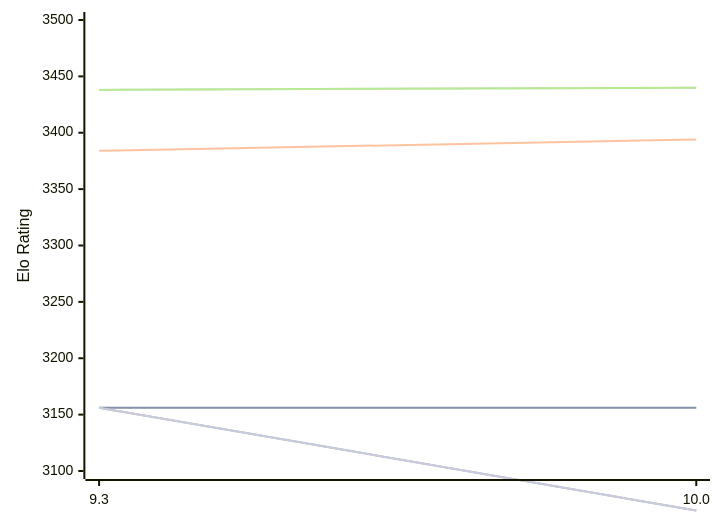
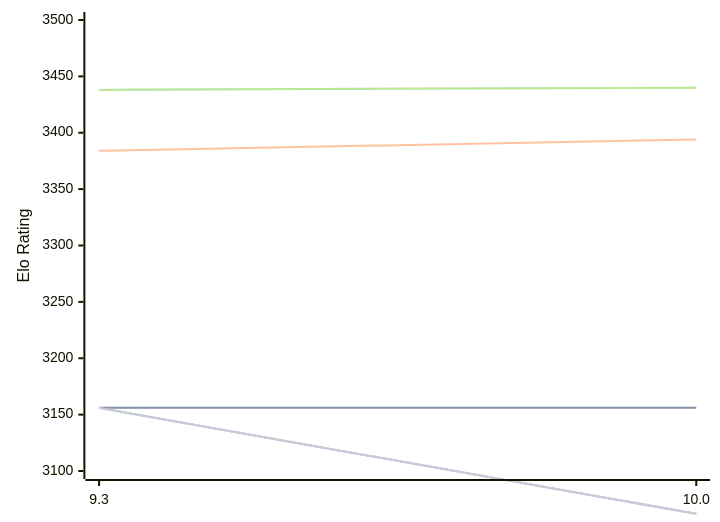
Before and after one commit to computer-chess-index/cci: the diagram in engines/Fire.md, drawn with Mermaid. The commit also changed other lines of this file, not shown here.

````diff
--- a/engines/Fire.md
+++ b/engines/Fire.md
@@ -48,13 +48,13 @@
 ```mermaid
 %%{init: {"theme":"base","themeVariables":{"seriesColors:['#a3a3a3','#222221','#faa371']}}}%%
 xychart-beta
   x-axis ["9.3", "10.0"]
   y-axis "Elo Rating" 3100 --> 3500
   line "" [3156, 3156]
   line "T1: STC (8.0+0.08s)" [3156, 3156]
   line "T1: LTC (60.0+0.60s)" [3384, 3394]
   line "" [3438, 3440]
   line "T1: VLTC (2m24s+1.12s)" [3438, 3440]
-  line "" [3156,3065]
-  line "E1: STC (8.0+0.08s)" [3156,3065]
+  line "" [3156,3062]
+  line "E1: STC (8.0+0.08s)" [3156,3062]
 ```
````
